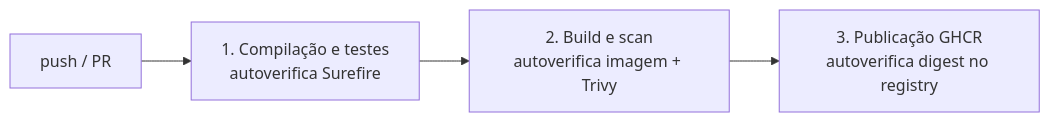
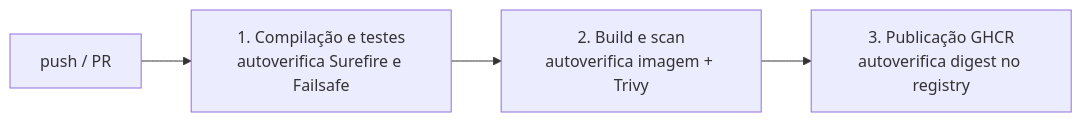
One commit to wlli173/bikes changed the second of 2 diagrams in README.md. Above: the diagram before and after it, drawn with Mermaid. The commit also changed other lines of this file and 15 other files, not shown here.

````diff
--- a/README.md
+++ b/README.md
@@ -196,6 +196,6 @@
 ```mermaid
 flowchart LR
-    A[push / PR] --> T["1. Compilação e testes<br/>autoverifica Surefire"]
+    A[push / PR] --> T["1. Compilação e testes<br/>autoverifica Surefire e Failsafe"]
     T --> B["2. Build e scan<br/>autoverifica imagem + Trivy"]
     B --> P["3. Publicação GHCR<br/>autoverifica digest no registry"]
 ```
````
